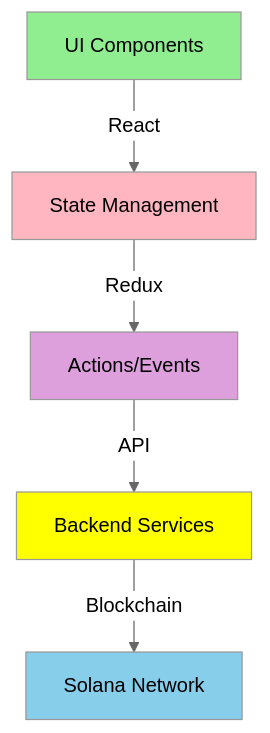
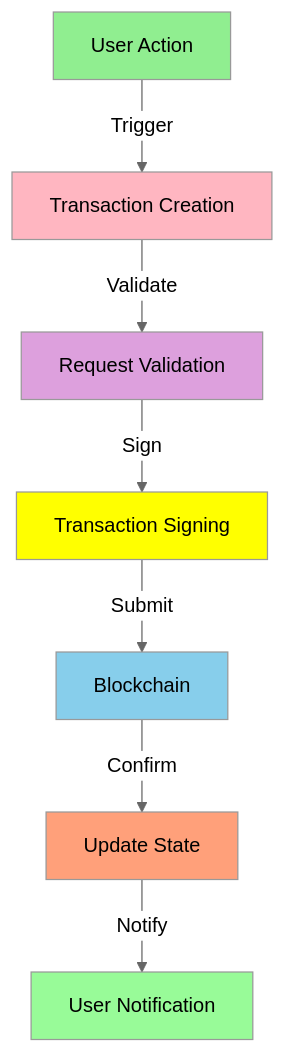
Before and after one commit to MEMEFANS/memefans: the third of 3 diagrams in docs/whitepaper/technical-architecture.md, drawn with Mermaid (neutral theme). The commit also changed other lines of this file and 32 other files, not shown here.

````diff
--- a/docs/whitepaper/technical-architecture.md
+++ b/docs/whitepaper/technical-architecture.md
@@ -200,13 +115,17 @@
-<div class="mermaid">
+```mermaid
 graph TD
-    A[UI Components] -->|React| B[State Management]
-    B -->|Redux| C[Actions/Events]
-    C -->|API| D[Backend Services]
-    D -->|Blockchain| E[Solana Network]
+    A[User Action] -->|Trigger| B[Transaction Creation]
+    B -->|Validate| C[Request Validation]
+    C -->|Sign| D[Transaction Signing]
+    D -->|Submit| E[Blockchain]
+    E -->|Confirm| F[Update State]
+    F -->|Notify| G[User Notification]
     
     style A fill:#90EE90,color:#000000
     style B fill:#FFB6C1,color:#000000
     style C fill:#DDA0DD,color:#000000
     style D fill:#FFFF00,color:#000000
     style E fill:#87CEEB,color:#000000
-</div>
+    style F fill:#FFA07A,color:#000000
+    style G fill:#98FB98,color:#000000
+```
````
